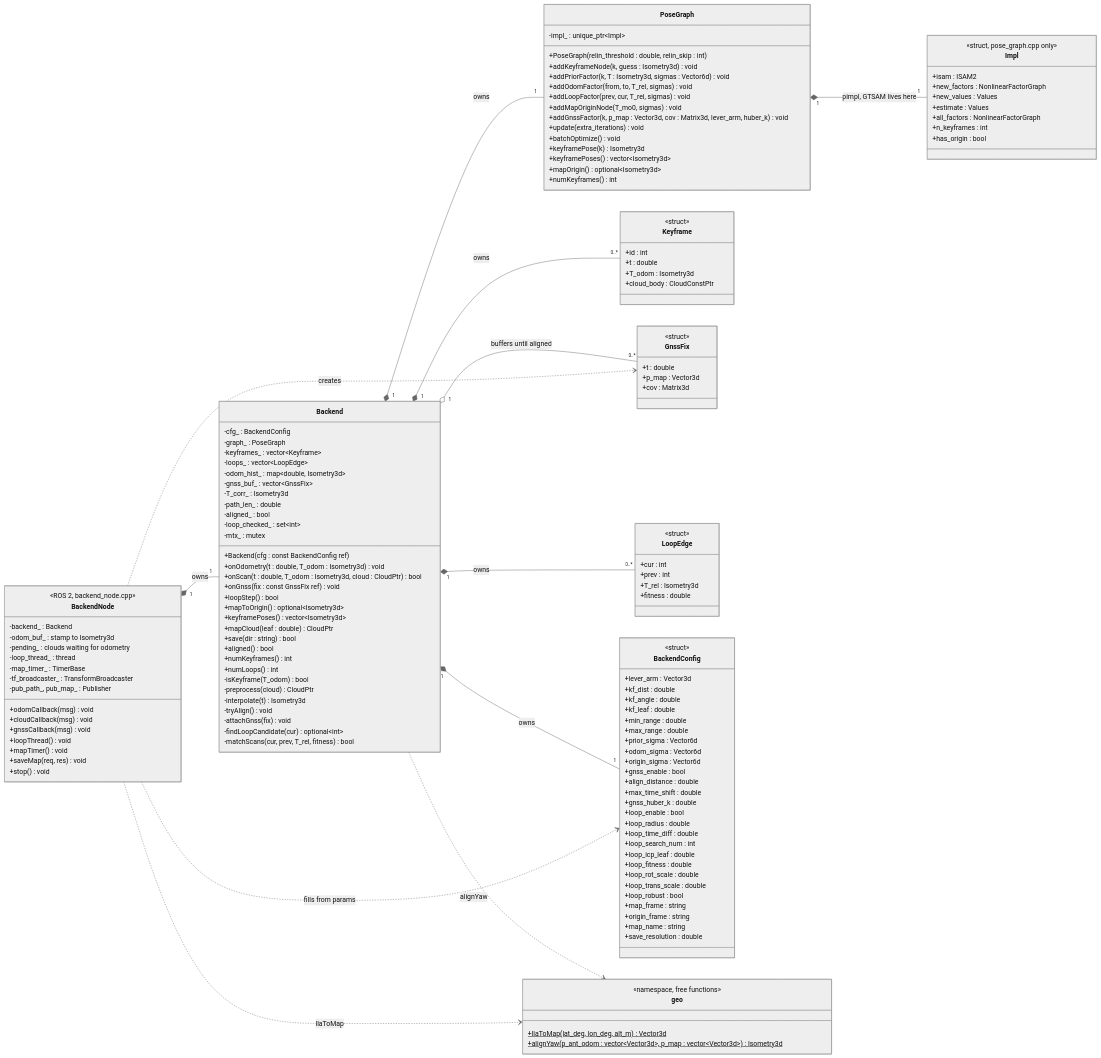
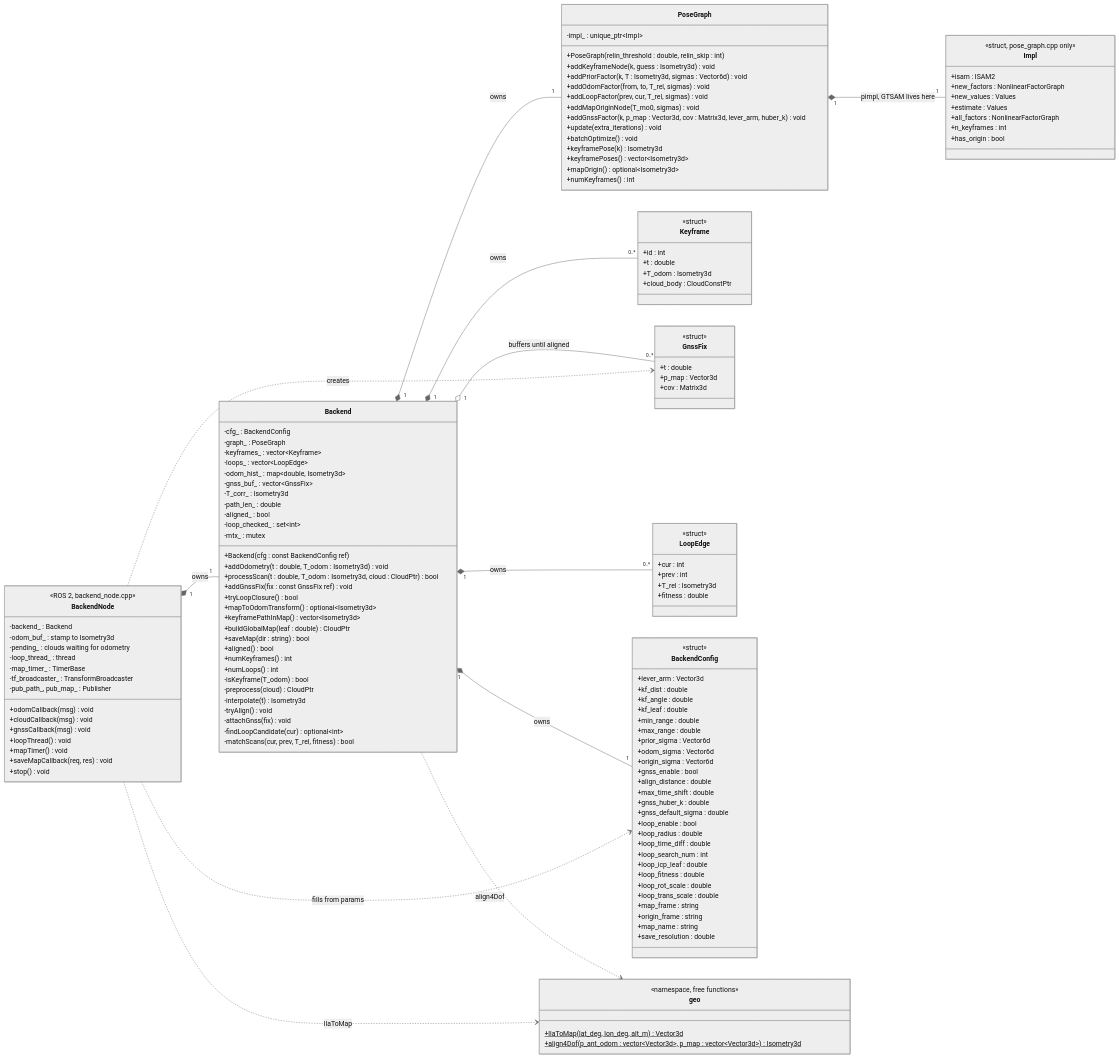
Before and after one commit to abdalrhmangamal12/brightdrive_localization: the diagram in mapping/brightdrive_mapping/README.md, drawn with Mermaid. The commit also changed other lines of this file, not shown here.

Commit message:
mapping design: Backend API, GNSS time shift and covariance fallback, front-end agnostic

```diff
--- a/mapping/brightdrive_mapping/README.md
+++ b/mapping/brightdrive_mapping/README.md
@@ -29,14 +33,14 @@
         -loop_checked_ : set~int~
         -mtx_ : mutex
         +Backend(cfg : const BackendConfig ref)
-        +onOdometry(t : double, T_odom : Isometry3d) void
-        +onScan(t : double, T_odom : Isometry3d, cloud : CloudPtr) bool
-        +onGnss(fix : const GnssFix ref) void
-        +loopStep() bool
-        +mapToOrigin() optional~Isometry3d~
-        +keyframePoses() vector~Isometry3d~
-        +mapCloud(leaf : double) CloudPtr
-        +save(dir : string) bool
+        +addOdometry(t : double, T_odom : Isometry3d) void
+        +processScan(t : double, T_odom : Isometry3d, cloud : CloudPtr) bool
+        +addGnssFix(fix : const GnssFix ref) void
+        +tryLoopClosure() bool
+        +mapToOdomTransform() optional~Isometry3d~
+        +keyframePathInMap() vector~Isometry3d~
+        +buildGlobalMap(leaf : double) CloudPtr
+        +saveMap(dir : string) bool
         +aligned() bool
         +numKeyframes() int
         +numLoops() int
@@ -115,6 +119,7 @@
         +align_distance : double
         +max_time_shift : double
         +gnss_huber_k : double
+        +gnss_default_sigma : double
         +loop_enable : bool
         +loop_radius : double
         +loop_time_diff : double
@@ -123,7 +128,6 @@
         +loop_fitness : double
         +loop_rot_scale : double
         +loop_trans_scale : double
-        +loop_robust : bool
         +map_frame : string
         +origin_frame : string
         +map_name : string
@@ -133,7 +137,7 @@
     class geo {
         <<namespace, free functions>>
         +llaToMap(lat_deg, lon_deg, alt_m)$ Vector3d
-        +alignYaw(p_ant_odom : vector~Vector3d~, p_map : vector~Vector3d~)$ Isometry3d
+        +align4Dof(p_ant_odom : vector~Vector3d~, p_map : vector~Vector3d~)$ Isometry3d
     }
 
     class BackendNode {
@@ -150,7 +154,7 @@
         +gnssCallback(msg) void
         +loopThread() void
         +mapTimer() void
-        +saveMap(req, res) void
+        +saveMapCallback(req, res) void
         +stop() void
     }
 
@@ -159,7 +163,7 @@
     Backend "1" *-- "0..*" Keyframe : owns
     Backend "1" *-- "0..*" LoopEdge : owns
     Backend "1" o-- "0..*" GnssFix : buffers until aligned
-    Backend ..> geo : alignYaw
+    Backend ..> geo : align4Dof
     PoseGraph "1" *-- "1" Impl : pimpl, GTSAM lives here
     BackendNode "1" *-- "1" Backend : owns
     BackendNode ..> geo : llaToMap
```
